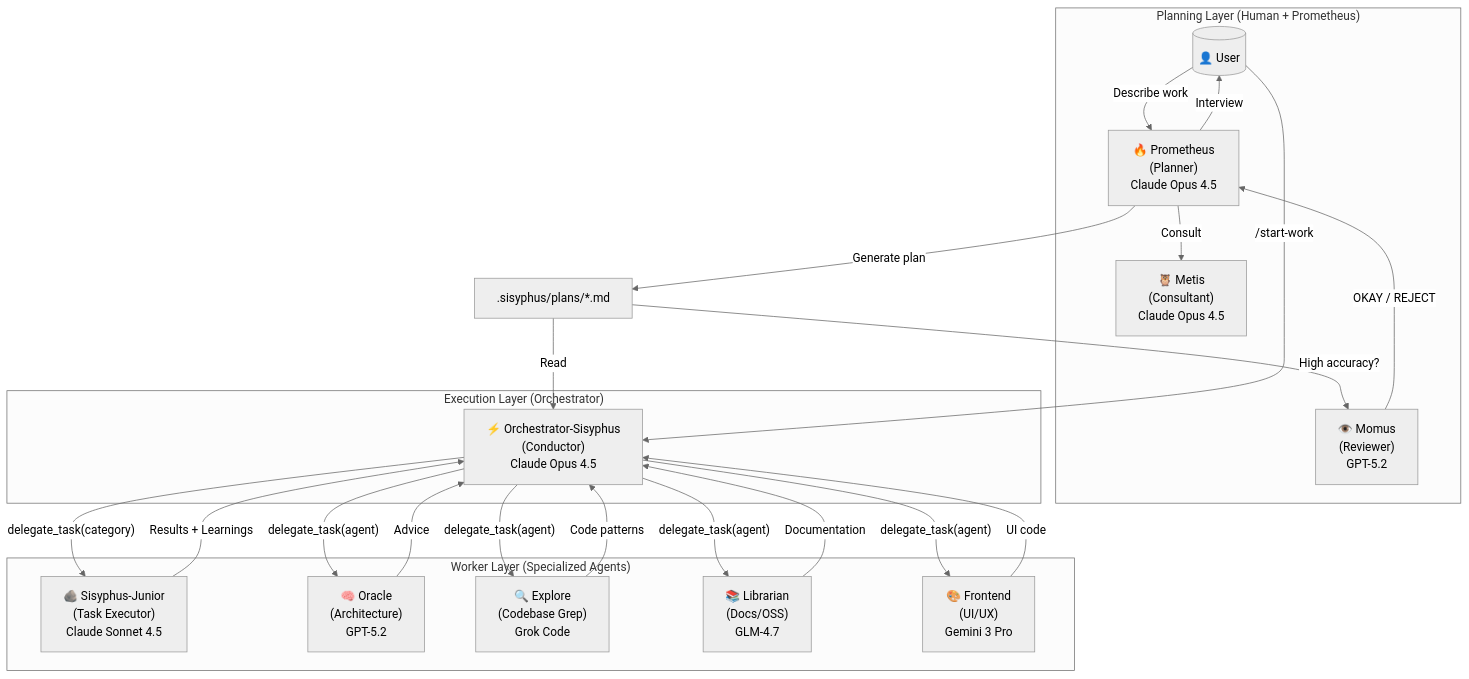
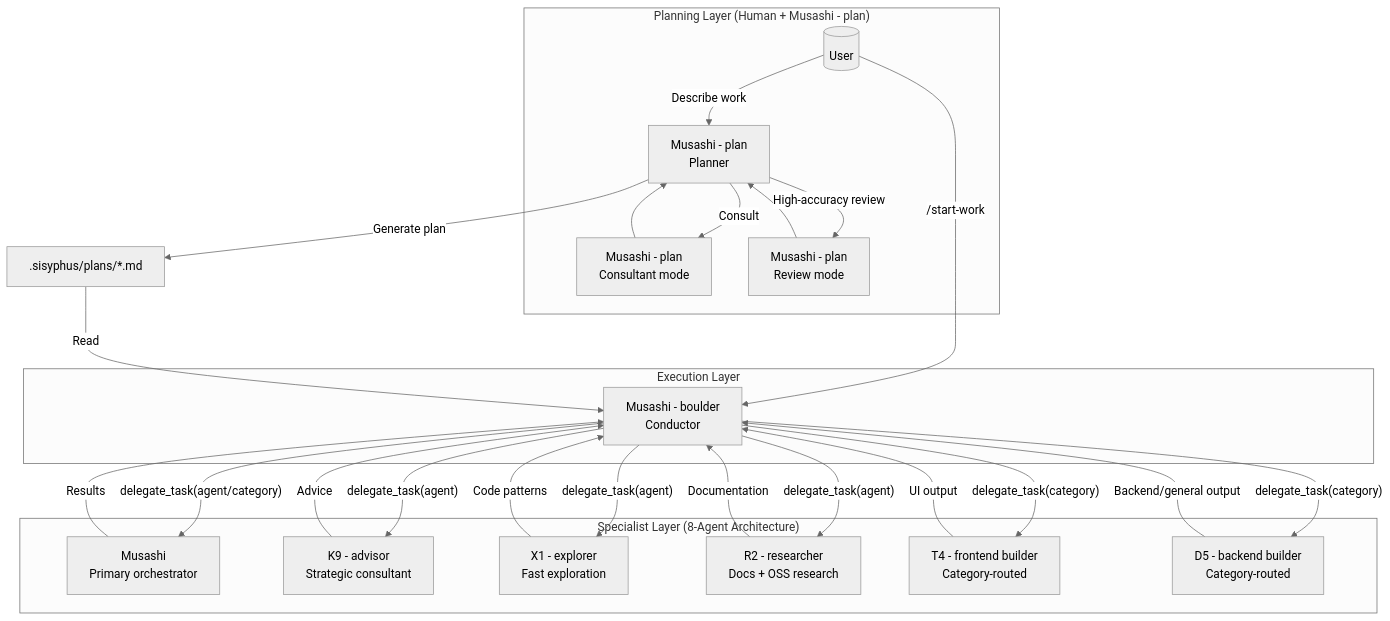
One commit to codewithkenzo/oh-my-opencode changed the first of 4 diagrams in docs/guide/understanding-orchestration-system.md. Above: the diagram before and after it, drawn with Mermaid (neutral theme). The commit also changed other lines of this file and 12 other files, not shown here.

First line of the commit message:
Sprint 6: Fix stale agent refs + docs refresh for 8-agent architecture (#28)

````diff
--- a/docs/guide/understanding-orchestration-system.md
+++ b/docs/guide/understanding-orchestration-system.md
@@ -22,43 +22,46 @@
 ```mermaid
 flowchart TB
-    subgraph Planning["Planning Layer (Human + Prometheus)"]
-        User[("👤 User")]
-        Prometheus["🔥 Prometheus<br/>(Planner)<br/>Claude Opus 4.5"]
-        Metis["🦉 Metis<br/>(Consultant)<br/>Claude Opus 4.5"]
-        Momus["👁️ Momus<br/>(Reviewer)<br/>GPT-5.2"]
+    subgraph Planning["Planning Layer (Human + Musashi - plan)"]
+        User[("User")]
+        Plan["Musashi - plan<br/>Planner"]
+        Consultant["Musashi - plan<br/>Consultant mode"]
+        Reviewer["Musashi - plan<br/>Review mode"]
     end
-    
-    subgraph Execution["Execution Layer (Orchestrator)"]
-        Orchestrator["⚡ Orchestrator-Sisyphus<br/>(Conductor)<br/>Claude Opus 4.5"]
+
+    subgraph Execution["Execution Layer"]
+        Boulder["Musashi - boulder<br/>Conductor"]
     end
-    
-    subgraph Workers["Worker Layer (Specialized Agents)"]
-        Junior["🪨 Sisyphus-Junior<br/>(Task Executor)<br/>Claude Sonnet 4.5"]
-        Oracle["🧠 Oracle<br/>(Architecture)<br/>GPT-5.2"]
-        Explore["🔍 Explore<br/>(Codebase Grep)<br/>Grok Code"]
-        Librarian["📚 Librarian<br/>(Docs/OSS)<br/>GLM-4.7"]
-        Frontend["🎨 Frontend<br/>(UI/UX)<br/>Gemini 3 Pro"]
+
+    subgraph Workers["Specialist Layer (8-Agent Architecture)"]
+        Musashi["Musashi<br/>Primary orchestrator"]
+        K9["K9 - advisor<br/>Strategic consultant"]
+        X1["X1 - explorer<br/>Fast exploration"]
+        R2["R2 - researcher<br/>Docs + OSS research"]
+        T4["T4 - frontend builder<br/>Category-routed"]
+        D5["D5 - backend builder<br/>Category-routed"]
     end
-    
-    User -->|"Describe work"| Prometheus
-    Prometheus -->|"Consult"| Metis
-    Prometheus -->|"Interview"| User
-    Prometheus -->|"Generate plan"| Plan[".sisyphus/plans/*.md"]
-    Plan -->|"High accuracy?"| Momus
-    Momus -->|"OKAY / REJECT"| Prometheus
-    
-    User -->|"/start-work"| Orchestrator
-    Plan -->|"Read"| Orchestrator
-    
-    Orchestrator -->|"delegate_task(category)"| Junior
-    Orchestrator -->|"delegate_task(agent)"| Oracle
-    Orchestrator -->|"delegate_task(agent)"| Explore
-    Orchestrator -->|"delegate_task(agent)"| Librarian
-    Orchestrator -->|"delegate_task(agent)"| Frontend
-    
-    Junior -->|"Results + Learnings"| Orchestrator
-    Oracle -->|"Advice"| Orchestrator
-    Explore -->|"Code patterns"| Orchestrator
-    Librarian -->|"Documentation"| Orchestrator
-    Frontend -->|"UI code"| Orchestrator
+
+    User -->|"Describe work"| Plan
+    Plan -->|"Consult"| Consultant
+    Consultant --> Plan
+    Plan -->|"High-accuracy review"| Reviewer
+    Reviewer --> Plan
+    Plan -->|"Generate plan"| PlanFile[".sisyphus/plans/*.md"]
+
+    User -->|"/start-work"| Boulder
+    PlanFile -->|"Read"| Boulder
+
+    Boulder -->|"delegate_task(agent/category)"| Musashi
+    Boulder -->|"delegate_task(agent)"| K9
+    Boulder -->|"delegate_task(agent)"| X1
+    Boulder -->|"delegate_task(agent)"| R2
+    Boulder -->|"delegate_task(category)"| T4
+    Boulder -->|"delegate_task(category)"| D5
+
+    Musashi -->|"Results"| Boulder
+    K9 -->|"Advice"| Boulder
+    X1 -->|"Code patterns"| Boulder
+    R2 -->|"Documentation"| Boulder
+    T4 -->|"UI output"| Boulder
+    D5 -->|"Backend/general output"| Boulder
 ```
````
